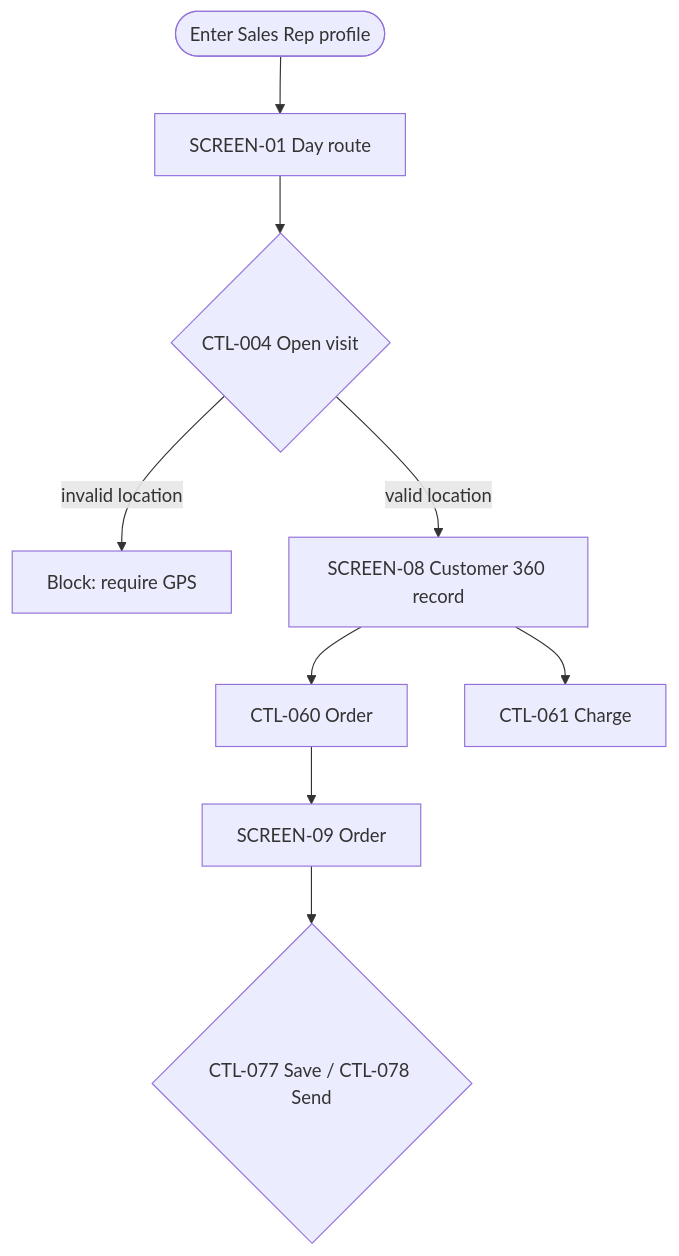
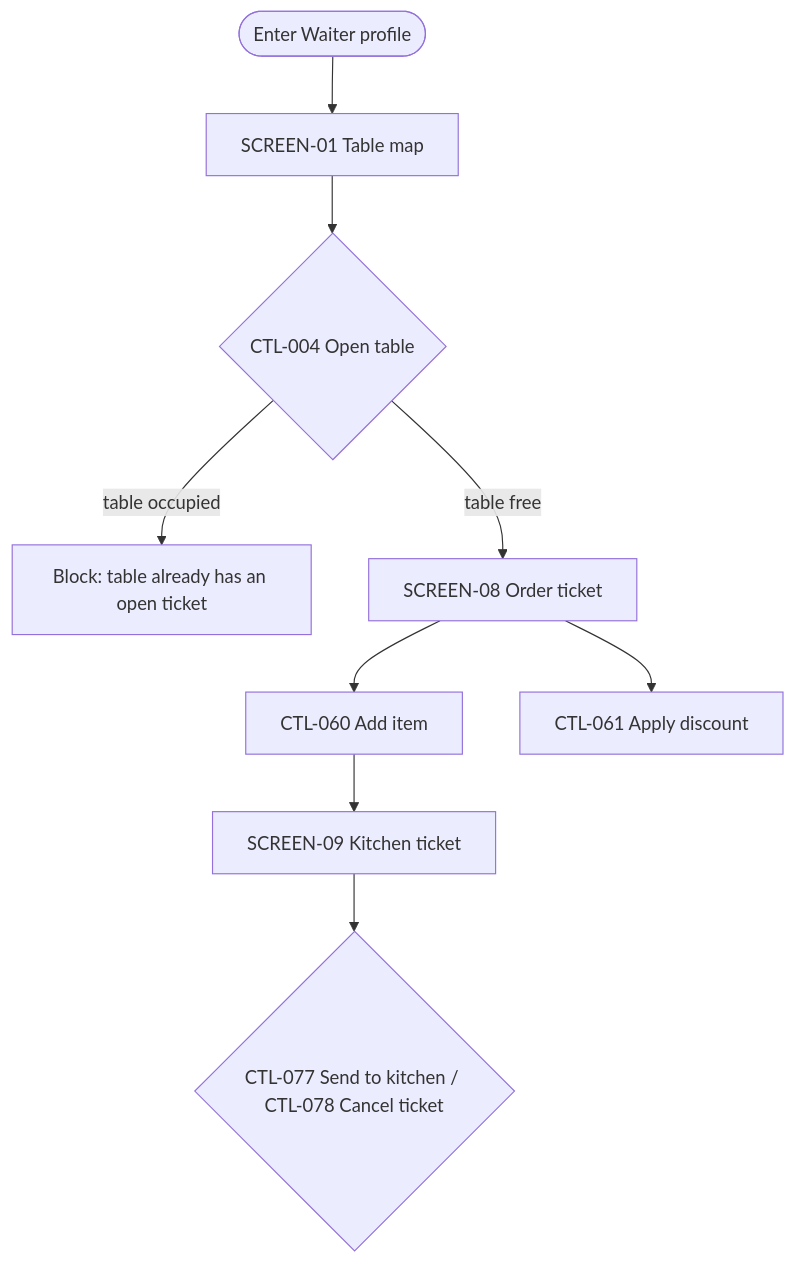
Before and after one commit to quimhen/aidd: the diagram in adapters/dot-aidd/AIDD.md, drawn with Mermaid. The commit also changed 22 other files, not shown here.

````diff
--- a/adapters/dot-aidd/AIDD.md
+++ b/adapters/dot-aidd/AIDD.md
@@ -283,11 +283,11 @@
 ```mermaid
 flowchart TD
-  A([Enter Sales Rep profile]) --> B[SCREEN-01 Day route]
-  B --> C{CTL-004 Open visit}
-  C -- invalid location --> D[Block: require GPS]
-  C -- valid location --> E[SCREEN-08 Customer 360 record]
-  E --> F[CTL-060 Order]
-  E --> G[CTL-061 Charge]
-  F --> H[SCREEN-09 Order]
-  H --> I{CTL-077 Save / CTL-078 Send}
+  A([Enter Waiter profile]) --> B[SCREEN-01 Table map]
+  B --> C{CTL-004 Open table}
+  C -- table occupied --> D[Block: table already has an open ticket]
+  C -- table free --> E[SCREEN-08 Order ticket]
+  E --> F[CTL-060 Add item]
+  E --> G[CTL-061 Apply discount]
+  F --> H[SCREEN-09 Kitchen ticket]
+  H --> I{CTL-077 Send to kitchen / CTL-078 Cancel ticket}
 ```
````
